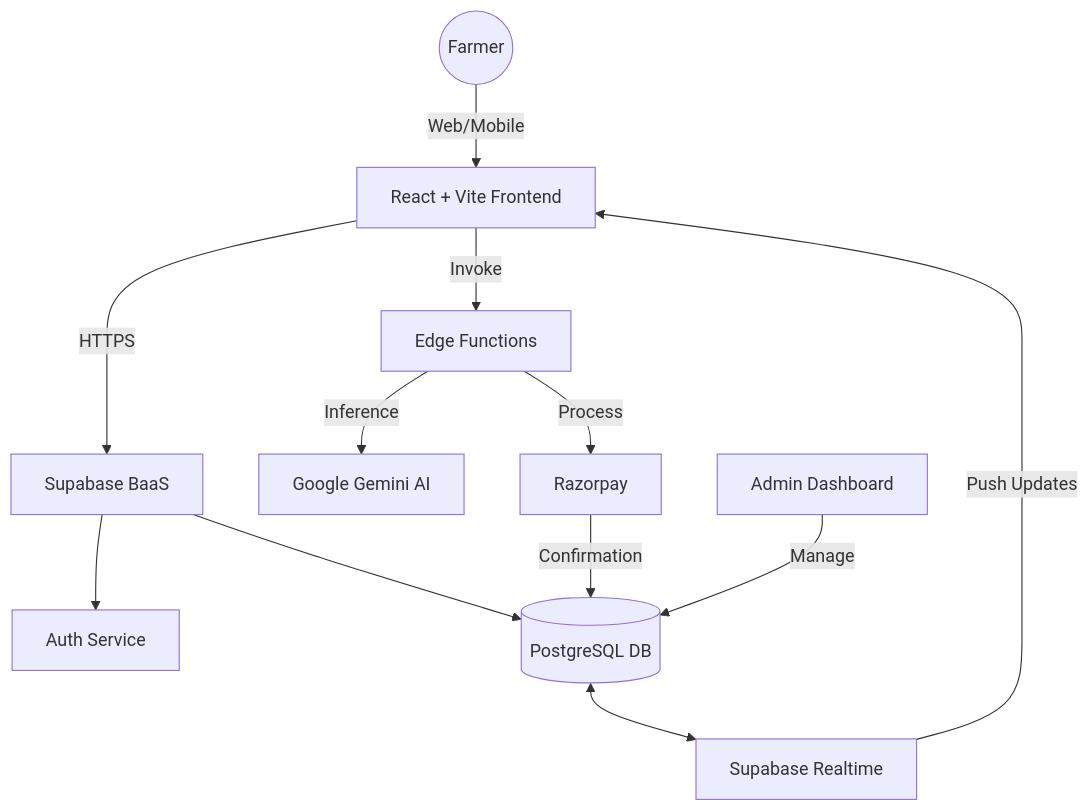
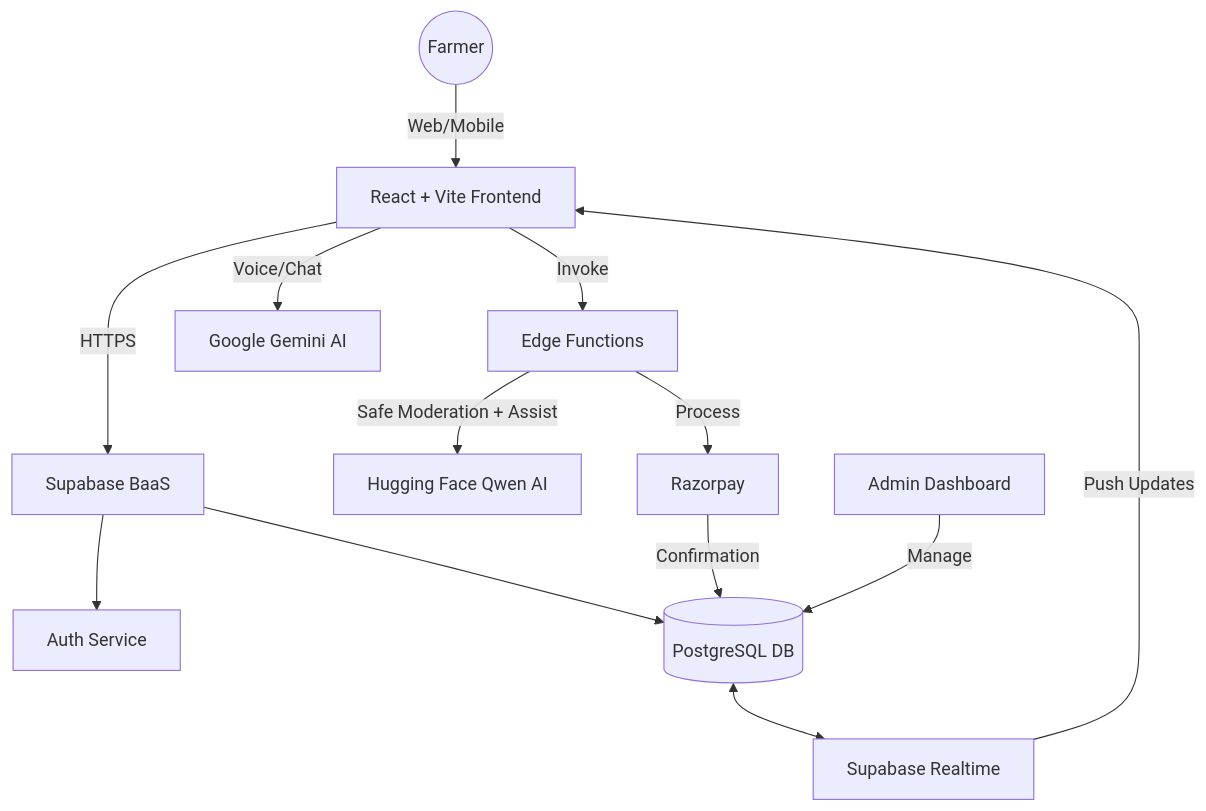
Before and after one commit to Neerajkumar151/KrishiSanjivni: the diagram in README.md, drawn with Mermaid. The commit also changed other lines of this file, not shown here.

````diff
--- a/README.md
+++ b/README.md
@@ -135,27 +136,29 @@
 ```mermaid
 graph TD
     User((Farmer))
     Frontend[React + Vite Frontend]
     Supabase[Supabase BaaS]
     Auth[Auth Service]
     DB[(PostgreSQL DB)]
     Realtime[Supabase Realtime]
     Edge[Edge Functions]
-    AI[Google Gemini AI]
+    AI_HF[Hugging Face Qwen AI]
+    AI_Gemini[Google Gemini AI]
     Pay[Razorpay]
     Admin[Admin Dashboard]
 
     User -->|Web/Mobile| Frontend
     Frontend -->|HTTPS| Supabase
     Supabase --> Auth
     Supabase --> DB
     DB <--> Realtime
     Realtime -->|Push Updates| Frontend
     
     Frontend -->|Invoke| Edge
     Edge -->|Process| Pay
-    Edge -->|Inference| AI
+    Edge -->|Safe Moderation + Assist| AI_HF
+    Frontend -->|Voice/Chat| AI_Gemini
     
     Pay -->|Confirmation| DB
     Admin -->|Manage| DB
 ```
````
